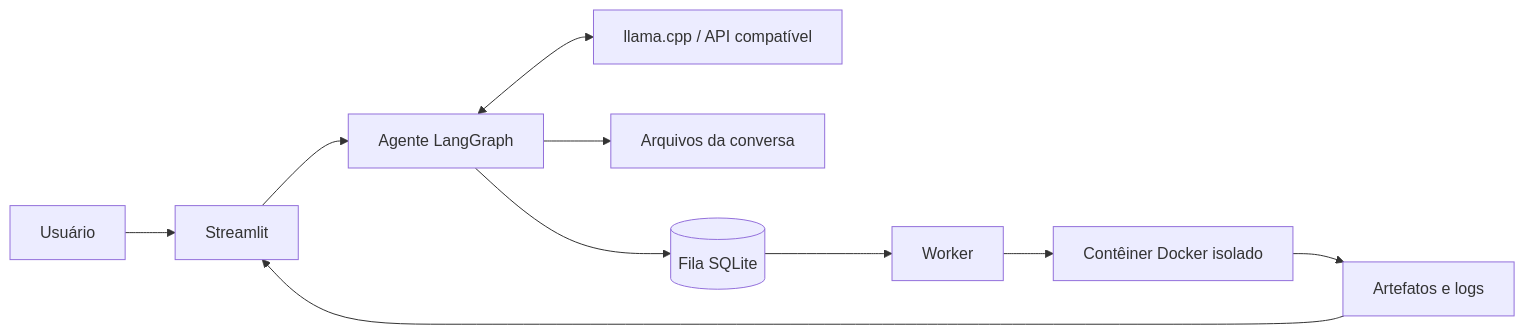
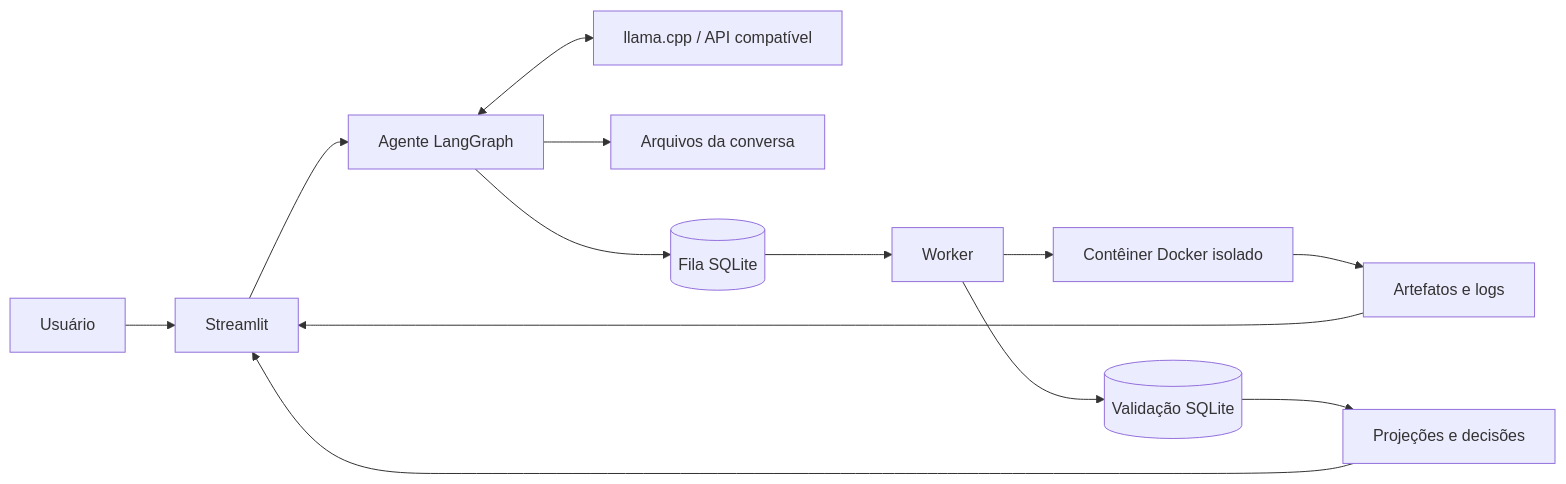
Before and after one commit to rafaelimai/qwen_harness_streamlit: the diagram in README.md, drawn with Mermaid. The commit also changed other lines of this file and 7 other files, not shown here.

````diff
--- a/README.md
+++ b/README.md
@@ -30,12 +33,15 @@
 ```mermaid
 flowchart LR
     U[Usuário] --> UI[Streamlit]
     UI --> G[Agente LangGraph]
     G <--> L[llama.cpp / API compatível]
     G --> F[Arquivos da conversa]
     G --> Q[(Fila SQLite)]
     Q --> W[Worker]
     W --> D[Contêiner Docker isolado]
     D --> A[Artefatos e logs]
+    W --> V[(Validação SQLite)]
+    V --> P[Projeções e decisões]
+    P --> UI
     A --> UI
 ```
````
